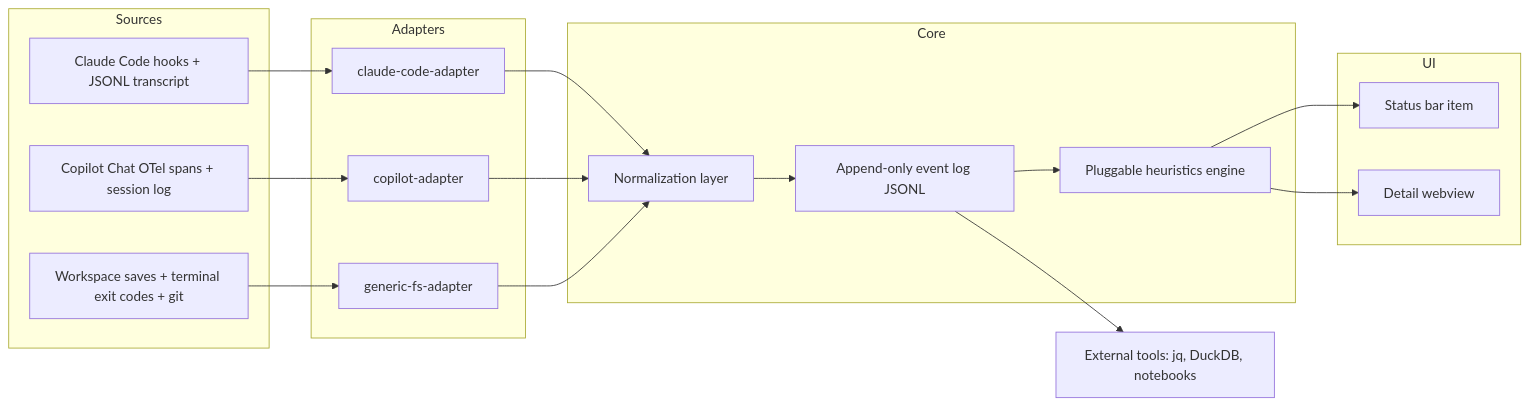
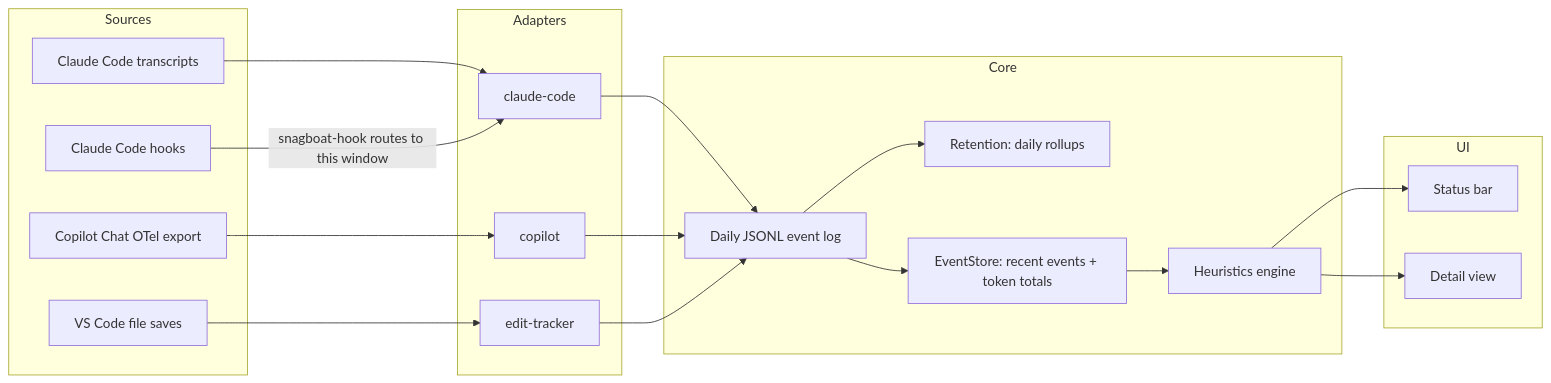
One commit to DChristianson/snagboat changed the diagram in README.md. Above: the diagram before and after it, drawn with Mermaid. The commit also changed other lines of this file, not shown here.

````diff
--- a/README.md
+++ b/README.md
@@ -19,34 +97,35 @@
 ```mermaid
 flowchart LR
   subgraph Sources
-    Claude[Claude Code hooks + JSONL transcript]
-    Copilot[Copilot Chat OTel spans + session log]
-    Workspace[Workspace saves + terminal exit codes + git]
+    Transcripts[Claude Code transcripts]
+    Hooks[Claude Code hooks]
+    Copilot[Copilot Chat OTel export]
+    Saves[VS Code file saves]
   end
 
   subgraph Adapters
-    ClaudeAdapter[claude-code-adapter]
-    CopilotAdapter[copilot-adapter]
-    GenericAdapter[generic-fs-adapter]
+    ClaudeAdapter[claude-code]
+    CopilotAdapter[copilot]
+    EditTracker[edit-tracker]
   end
 
   subgraph Core
-    Normalization[Normalization layer]
-    EventLog[Append-only event log JSONL]
-    Heuristics[Pluggable heuristics engine]
+    EventLog[Daily JSONL event log]
+    Retention[Retention: daily rollups]
+    Store[EventStore: recent events + token totals]
+    Heuristics[Heuristics engine]
   end
 
   subgraph UI
-    Status[Status bar item]
-    Detail[Detail webview]
+    Status[Status bar]
+    Detail[Detail view]
   end
 
-  External[External tools: jq, DuckDB, notebooks]
-
-  Claude --> ClaudeAdapter --> Normalization
-  Copilot --> CopilotAdapter --> Normalization
-  Workspace --> GenericAdapter --> Normalization
-  Normalization --> EventLog --> Heuristics --> Status
-  Heuristics --> Detail
-  EventLog --> External
+  Transcripts --> ClaudeAdapter
+  Hooks -->|snagboat-hook routes to this window| ClaudeAdapter
+  Copilot --> CopilotAdapter
+  Saves --> EditTracker
+  ClaudeAdapter & CopilotAdapter & EditTracker --> EventLog
+  EventLog --> Retention
+  EventLog --> Store --> Heuristics --> Status & Detail
 ```
````
